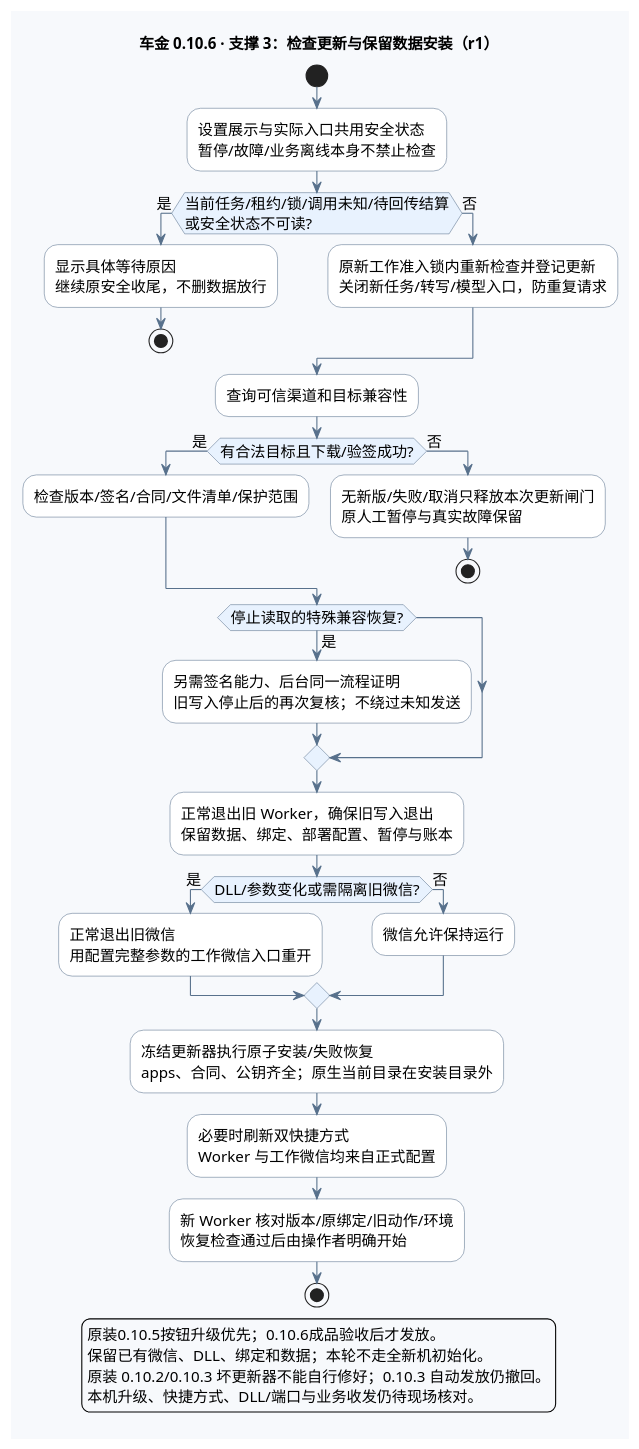
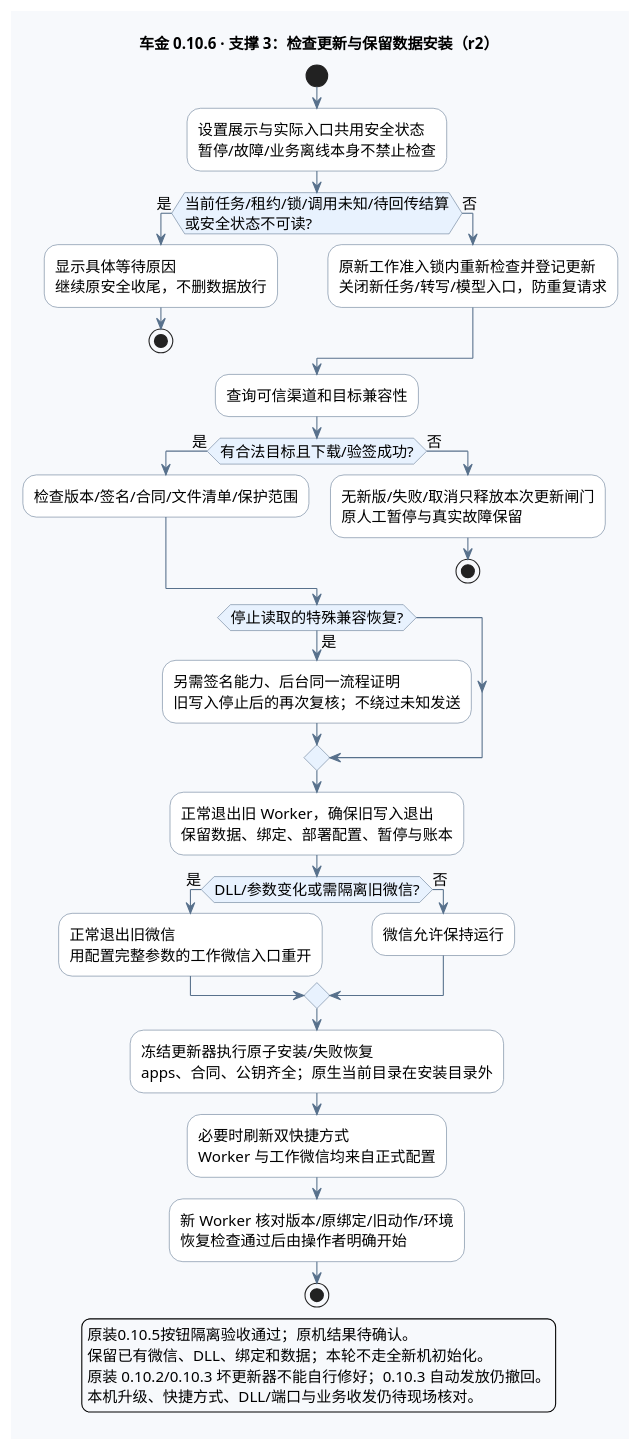
Before and after one commit to edwardzhang0304/chejin-ai-sales: the fourth of 4 diagrams in deliverables/AI智能客服售前跟进系统_全流程图_v0.10.6.puml, drawn with PlantUML. The commit also changed other lines of this file and 8 other files, not shown here.

```diff
--- a/deliverables/AI智能客服售前跟进系统_全流程图_v0.10.6.puml
+++ b/deliverables/AI智能客服售前跟进系统_全流程图_v0.10.6.puml
@@ -277,60 +277,60 @@
 @startuml update
 !pragma layout smetana
 skinparam defaultFontName "PingFang SC"
 skinparam defaultFontSize 14
 skinparam backgroundColor #F7F9FC
 skinparam shadowing false
 skinparam activityBackgroundColor #FFFFFF
 skinparam activityBorderColor #58718C
 skinparam activityDiamondBackgroundColor #E8F2FE
 skinparam activityDiamondBorderColor #58718C
 skinparam ArrowColor #58718C
 skinparam noteBackgroundColor #FFF4D9
 skinparam noteBorderColor #CDA556
-title 车金 0.10.6 · 支撑 3：检查更新与保留数据安装（r1）
+title 车金 0.10.6 · 支撑 3：检查更新与保留数据安装（r2）
 start
 :设置展示与实际入口共用安全状态
 暂停/故障/业务离线本身不禁止检查;
 if (当前任务/租约/锁/调用未知/待回传结算
 或安全状态不可读?) then (是)
   :显示具体等待原因
 继续原安全收尾，不删数据放行;
   stop
 else (否)
   :原新工作准入锁内重新检查并登记更新
 关闭新任务/转写/模型入口，防重复请求;
 endif
 :查询可信渠道和目标兼容性;
 if (有合法目标且下载/验签成功?) then (是)
   :检查版本/签名/合同/文件清单/保护范围;
 else (否)
   :无新版/失败/取消只释放本次更新闸门
 原人工暂停与真实故障保留;
   stop
 endif
 if (停止读取的特殊兼容恢复?) then (是)
   :另需签名能力、后台同一流程证明
 旧写入停止后的再次复核；不绕过未知发送;
 endif
 :正常退出旧 Worker，确保旧写入退出
 保留数据、绑定、部署配置、暂停与账本;
 if (DLL/参数变化或需隔离旧微信?) then (是)
   :正常退出旧微信
 用配置完整参数的工作微信入口重开;
 else (否)
   :微信允许保持运行;
 endif
 :冻结更新器执行原子安装/失败恢复
 apps、合同、公钥齐全；原生当前目录在安装目录外;
 :必要时刷新双快捷方式
 Worker 与工作微信均来自正式配置;
 :新 Worker 核对版本/原绑定/旧动作/环境
 恢复检查通过后由操作者明确开始;
 stop
 legend bottom
-原装0.10.5按钮升级优先；0.10.6成品验收后才发放。
+原装0.10.5按钮隔离验收通过；原机结果待确认。
 保留已有微信、DLL、绑定和数据；本轮不走全新机初始化。
 原装 0.10.2/0.10.3 坏更新器不能自行修好；0.10.3 自动发放仍撤回。
 本机升级、快捷方式、DLL/端口与业务收发仍待现场核对。
 endlegend
 @enduml
```
